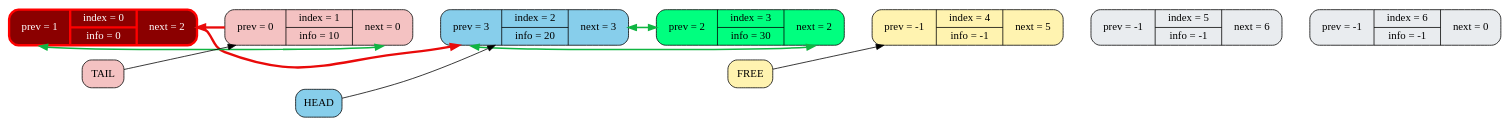
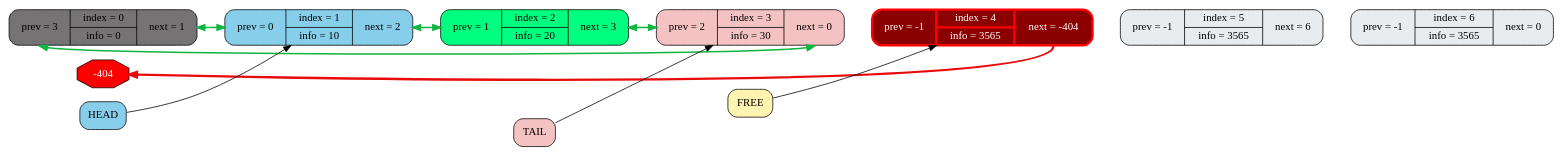
The diagram in dumps/graph_11.dot (NikolayNetreba/Task5), drawn with Graphviz before and after one commit. The commit also changed 38 other files, not shown here.

```diff
--- a/dumps/graph_11.dot
+++ b/dumps/graph_11.dot
@@ -1,28 +1,29 @@
 digraph g{ 
 rankdir=LR; 
 node [shape=Mrecord; style=filled;];
-node0 [label = "{<prev> prev = 1 | { index = 0 | info = 0 } | <next> next = 2}"; fillcolor="#8b0000"; fontcolor="white"; color="#ff0000"; penwidth=3.0];
-node1 [label = "{<prev> prev = 0 | { index = 1 | info = 10 } | <next> next = 0}"; fillcolor="#F4C2C2"; fontcolor="black"; color="black"; penwidth=1.0];
-node2 [label = "{<prev> prev = 3 | { index = 2 | info = 20 } | <next> next = 3}"; fillcolor="#87CEEB"; fontcolor="black"; color="black"; penwidth=1.0];
-node3 [label = "{<prev> prev = 2 | { index = 3 | info = 30 } | <next> next = 2}"; fillcolor="#00ff7fff"; fontcolor="black"; color="black"; penwidth=1.0];
-node4 [label = "{<prev> prev = -1 | { index = 4 | info = -1 } | <next> next = 5}"; fillcolor="#FFF3B0"; fontcolor="black"; color="black"; penwidth=1.0];
-node5 [label = "{<prev> prev = -1 | { index = 5 | info = -1 } | <next> next = 6}"; fillcolor="#E9ECEF"; fontcolor="black"; color="black"; penwidth=1.0];
-node6 [label = "{<prev> prev = -1 | { index = 6 | info = -1 } | <next> next = 0}"; fillcolor="#E9ECEF"; fontcolor="black"; color="black"; penwidth=1.0];
+node0 [label = "{<prev> prev = 3 | { index = 0 | info = 0 } | <next> next = 1}"; fillcolor="#757373"; fontcolor="black"; color="black"; penwidth=1.0];
+node1 [label = "{<prev> prev = 0 | { index = 1 | info = 10 } | <next> next = 2}"; fillcolor="#87CEEB"; fontcolor="black"; color="black"; penwidth=1.0];
+node2 [label = "{<prev> prev = 1 | { index = 2 | info = 20 } | <next> next = 3}"; fillcolor="#00ff7fff"; fontcolor="black"; color="black"; penwidth=1.0];
+node3 [label = "{<prev> prev = 2 | { index = 3 | info = 30 } | <next> next = 0}"; fillcolor="#F4C2C2"; fontcolor="black"; color="black"; penwidth=1.0];
+node4 [label = "{<prev> prev = -1 | { index = 4 | info = 3565 } | <next> next = -404}"; fillcolor="#8b0000"; fontcolor="white"; color="#ff0000"; penwidth=3.0];
+node5 [label = "{<prev> prev = -1 | { index = 5 | info = 3565 } | <next> next = 6}"; fillcolor="#E9ECEF"; fontcolor="black"; color="black"; penwidth=1.0];
+node6 [label = "{<prev> prev = -1 | { index = 6 | info = 3565 } | <next> next = 0}"; fillcolor="#E9ECEF"; fontcolor="black"; color="black"; penwidth=1.0];
 node0 -> node1 [style=invis, weight=100];
 node1 -> node2 [style=invis, weight=100];
 node2 -> node3 [style=invis, weight=100];
 node3 -> node4 [style=invis, weight=100];
 node4 -> node5 [style=invis, weight=100];
 node5 -> node6 [style=invis, weight=100];
-node0:next -> node2 [color="#e90a0a", penwidth=3.0, constraint=false];
-node1:next -> node0:prev [color="#10b542", dir="both", penwidth=2.0, constraint=false];
-node1:prev -> node0 [color="#e90a0a", penwidth=3.0, constraint=false];
+node0:next -> node1:prev [color="#10b542", dir="both", penwidth=2.0, constraint=false];
+node1:next -> node2:prev [color="#10b542", dir="both", penwidth=2.0, constraint=false];
 node2:next -> node3:prev [color="#10b542", dir="both", penwidth=2.0, constraint=false];
-node3:next -> node2:prev [color="#10b542", dir="both", penwidth=2.0, constraint=false];
+node3:next -> node0:prev [color="#10b542", dir="both", penwidth=2.0, constraint=false];
+ERR_NODE_4 [shape=octagon, style=filled, fillcolor="#ff0000", fontcolor="white", label="-404"];
+node4:next:s -> ERR_NODE_4 [color="#e90a0a", penwidth=3.0, constraint=false];
 HEAD [shape=box, style="filled, rounded", fillcolor="#87CEEB", label="HEAD"];
 TAIL [shape=box, style="filled, rounded", fillcolor="#F4C2C2", label="TAIL"];
 FREE [shape=box, style="filled, rounded", fillcolor="#FFF3B0", label="FREE"];
-HEAD -> node2 [color=black];
-TAIL -> node1 [color=black];
+HEAD -> node1 [color=black];
+TAIL -> node3 [color=black];
 FREE -> node4 [color=black];
 }
```
